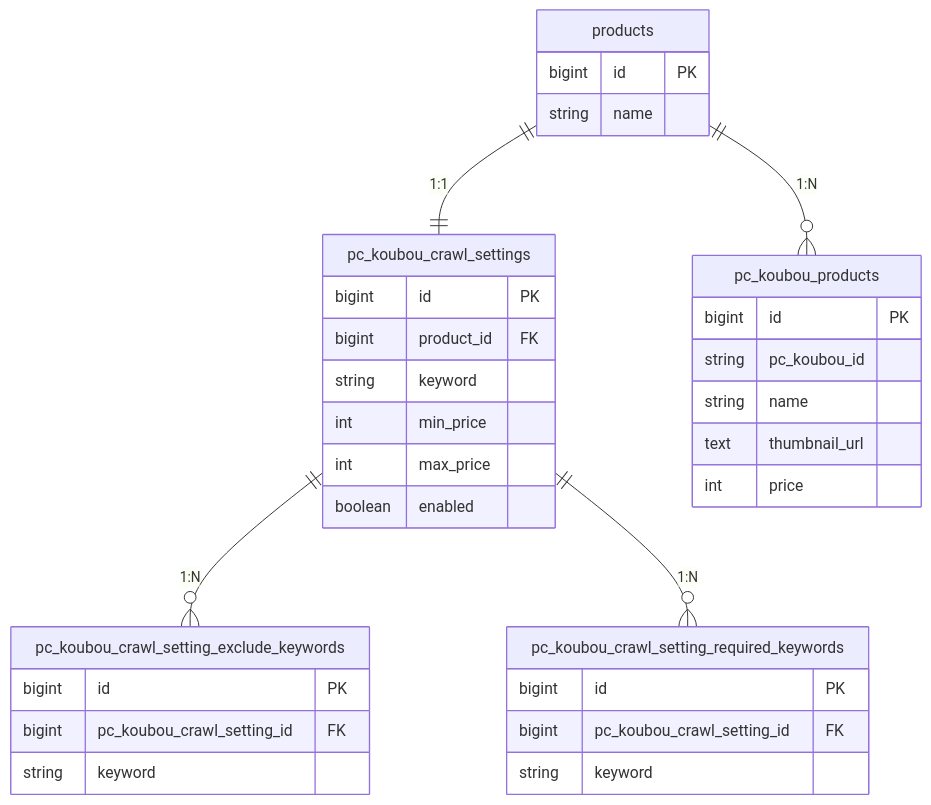
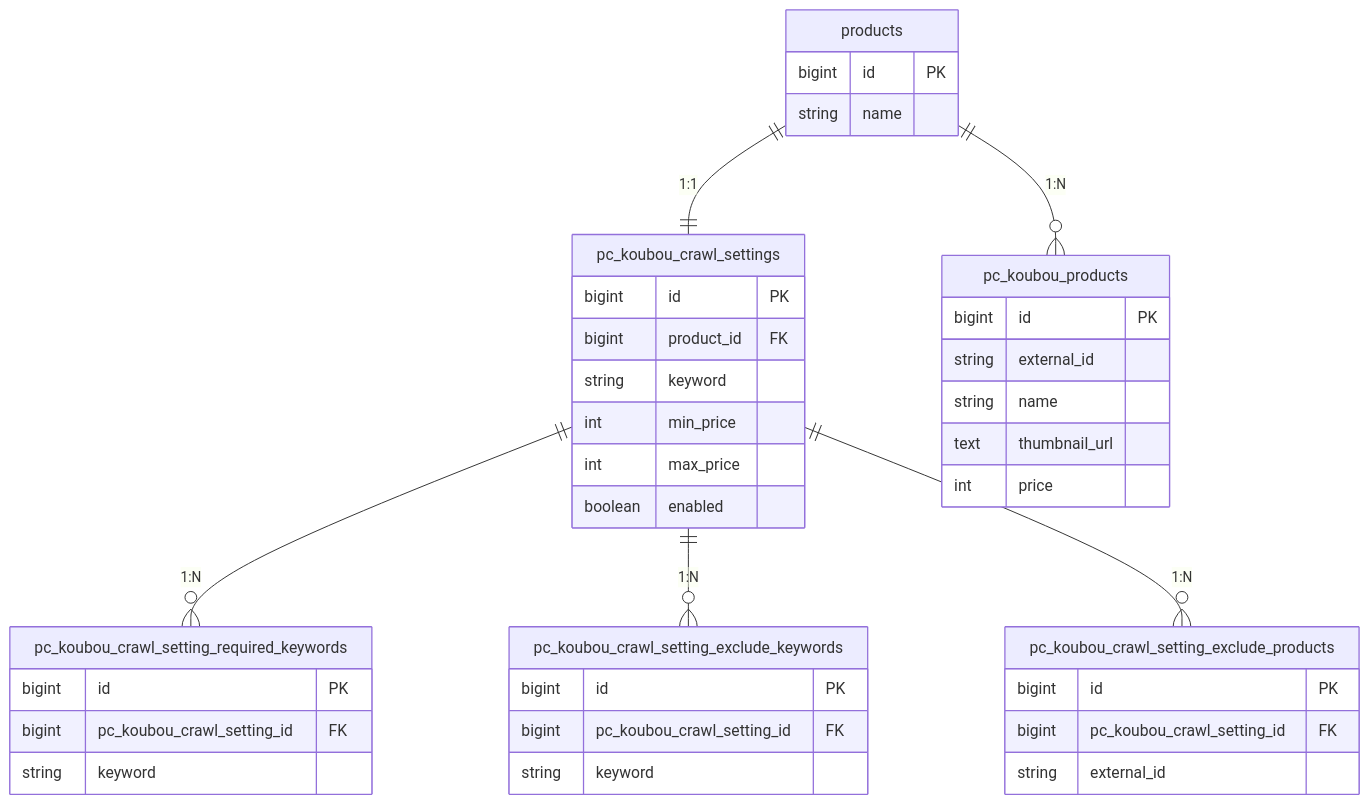
One commit to kuroweb/price-monitoring changed the seventh of 9 diagrams in README.md. Above: the diagram before and after it, drawn with Mermaid. The commit also changed other lines of this file, not shown here.

````diff
--- a/README.md
+++ b/README.md
@@ -296,37 +326,43 @@
 ```mermaid
 erDiagram
   products {
     bigint id PK
     string name
   }
   pc_koubou_crawl_settings {
     bigint id PK
     bigint product_id FK
     string keyword
     int min_price
     int max_price
     boolean enabled
   }
+  pc_koubou_crawl_setting_required_keywords {
+    bigint id PK
+    bigint pc_koubou_crawl_setting_id FK
+    string keyword
+  }
   pc_koubou_crawl_setting_exclude_keywords {
     bigint id PK
     bigint pc_koubou_crawl_setting_id FK
     string keyword
   }
-  pc_koubou_crawl_setting_required_keywords {
+  pc_koubou_crawl_setting_exclude_products {
     bigint id PK
     bigint pc_koubou_crawl_setting_id FK
-    string keyword
+    string external_id
   }
   pc_koubou_products {
     bigint id PK
-    string pc_koubou_id
+    string external_id
     string name
     text thumbnail_url
     int price
   }
 
   products ||--|| pc_koubou_crawl_settings : "1:1"
+  pc_koubou_crawl_settings ||--o{ pc_koubou_crawl_setting_required_keywords : "1:N"
   pc_koubou_crawl_settings ||--o{ pc_koubou_crawl_setting_exclude_keywords : "1:N"
-  pc_koubou_crawl_settings ||--o{ pc_koubou_crawl_setting_required_keywords : "1:N"
+  pc_koubou_crawl_settings ||--o{ pc_koubou_crawl_setting_exclude_products : "1:N"
   products ||--o{ pc_koubou_products : "1:N"
 ```
````
